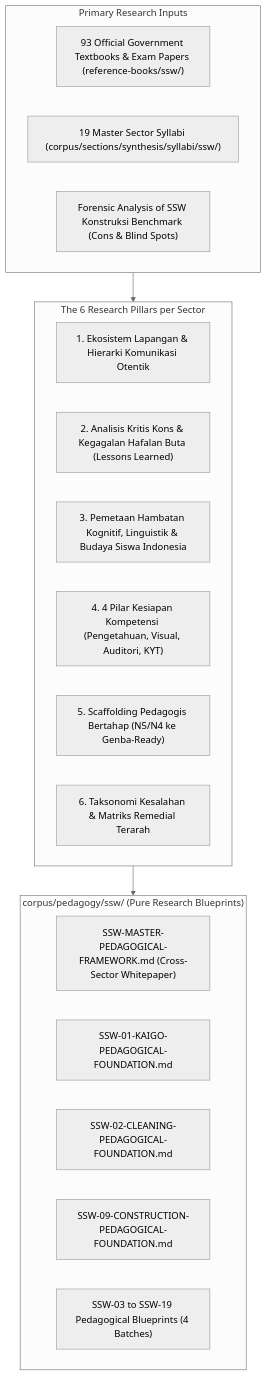
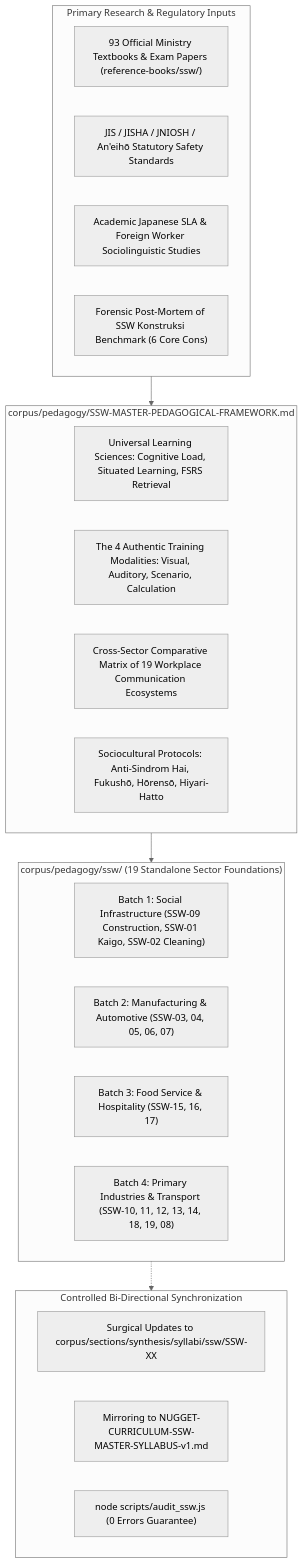
One commit to nuggetenak/nugget-nihongo changed the diagram in corpus/pedagogy/SSW-MASTER-PEDAGOGICAL-RESEARCH-PLAN-v3.md. Above: the diagram before and after it, drawn with Mermaid (neutral theme). The commit also changed other lines of this file, not shown here.

Commit message:
docs(pedagogy): update master research plan to v3.1 (tri-partite citations, sector distinctiveness, training modalities)

````diff
--- a/corpus/pedagogy/SSW-MASTER-PEDAGOGICAL-RESEARCH-PLAN-v3.md
+++ b/corpus/pedagogy/SSW-MASTER-PEDAGOGICAL-RESEARCH-PLAN-v3.md
@@ -56,28 +55,33 @@
 ```mermaid
 flowchart TD
-    subgraph InputSources["Primary Research Inputs"]
-        R1["93 Official Government Textbooks & Exam Papers (reference-books/ssw/)"]
-        R2["19 Master Sector Syllabi (corpus/sections/synthesis/syllabi/ssw/)"]
-        R3["Forensic Analysis of SSW Konstruksi Benchmark (Cons & Blind Spots)"]
+    subgraph PrimarySources["Primary Research & Regulatory Inputs"]
+        R1["93 Official Ministry Textbooks & Exam Papers (reference-books/ssw/)"]
+        R2["JIS / JISHA / JNIOSH / An'eihō Statutory Safety Standards"]
+        R3["Academic Japanese SLA & Foreign Worker Sociolinguistic Studies"]
+        R4["Forensic Post-Mortem of SSW Konstruksi Benchmark (6 Core Cons)"]
     end
 
-    subgraph SixResearchPillars["The 6 Research Pillars per Sector"]
-        P1["1. Ekosistem Lapangan & Hierarki Komunikasi Otentik"]
-        P2["2. Analisis Kritis Kons & Kegagalan Hafalan Buta (Lessons Learned)"]
-        P3["3. Pemetaan Hambatan Kognitif, Linguistik & Budaya Siswa Indonesia"]
-        P4["4. 4 Pilar Kesiapan Kompetensi (Pengetahuan, Visual, Auditori, KYT)"]
-        P5["5. Scaffolding Pedagogis Bertahap (N5/N4 ke Genba-Ready)"]
-        P6["6. Taksonomi Kesalahan & Matriks Remedial Terarah"]
+    subgraph MasterFramework["corpus/pedagogy/SSW-MASTER-PEDAGOGICAL-FRAMEWORK.md"]
+        M1["Universal Learning Sciences: Cognitive Load, Situated Learning, FSRS Retrieval"]
+        M2["The 4 Authentic Training Modalities: Visual, Auditory, Scenario, Calculation"]
+        M3["Cross-Sector Comparative Matrix of 19 Workplace Communication Ecosystems"]
+        M4["Sociocultural Protocols: Anti-Sindrom Hai, Fukushō, Hōrensō, Hiyari-Hatto"]
     end
 
-    subgraph OutputCorpus["corpus/pedagogy/ssw/ (Pure Research Blueprints)"]
-        O1["SSW-MASTER-PEDAGOGICAL-FRAMEWORK.md (Cross-Sector Whitepaper)"]
-        O2["SSW-01-KAIGO-PEDAGOGICAL-FOUNDATION.md"]
-        O3["SSW-02-CLEANING-PEDAGOGICAL-FOUNDATION.md"]
-        O4["SSW-09-CONSTRUCTION-PEDAGOGICAL-FOUNDATION.md"]
-        O5["SSW-03 to SSW-19 Pedagogical Blueprints (4 Batches)"]
+    subgraph SectorBlueprints["corpus/pedagogy/ssw/ (19 Standalone Sector Foundations)"]
+        B1["Batch 1: Social Infrastructure (SSW-09 Construction, SSW-01 Kaigo, SSW-02 Cleaning)"]
+        B2["Batch 2: Manufacturing & Automotive (SSW-03, 04, 05, 06, 07)"]
+        B3["Batch 3: Food Service & Hospitality (SSW-15, 16, 17)"]
+        B4["Batch 4: Primary Industries & Transport (SSW-10, 11, 12, 13, 14, 18, 19, 08)"]
     end
 
-    InputSources --> SixResearchPillars
-    SixResearchPillars --> OutputCorpus
+    subgraph SyllabusSync["Controlled Bi-Directional Synchronization"]
+        S1["Surgical Updates to corpus/sections/synthesis/syllabi/ssw/SSW-XX"]
+        S2["Mirroring to NUGGET-CURRICULUM-SSW-MASTER-SYLLABUS-v1.md"]
+        S3["node scripts/audit_ssw.js (0 Errors Guarantee)"]
+    end
+
+    PrimarySources --> MasterFramework
+    MasterFramework --> SectorBlueprints
+    SectorBlueprints -.-> SyllabusSync
 ```
````
